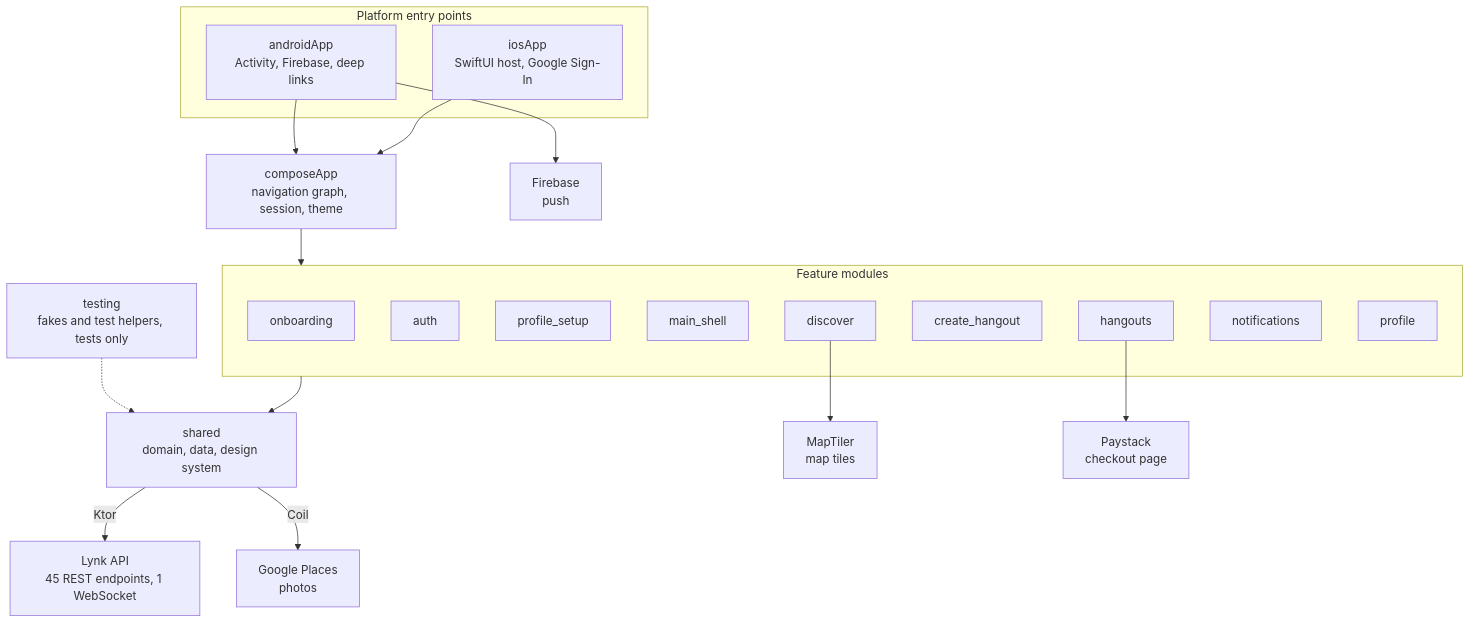
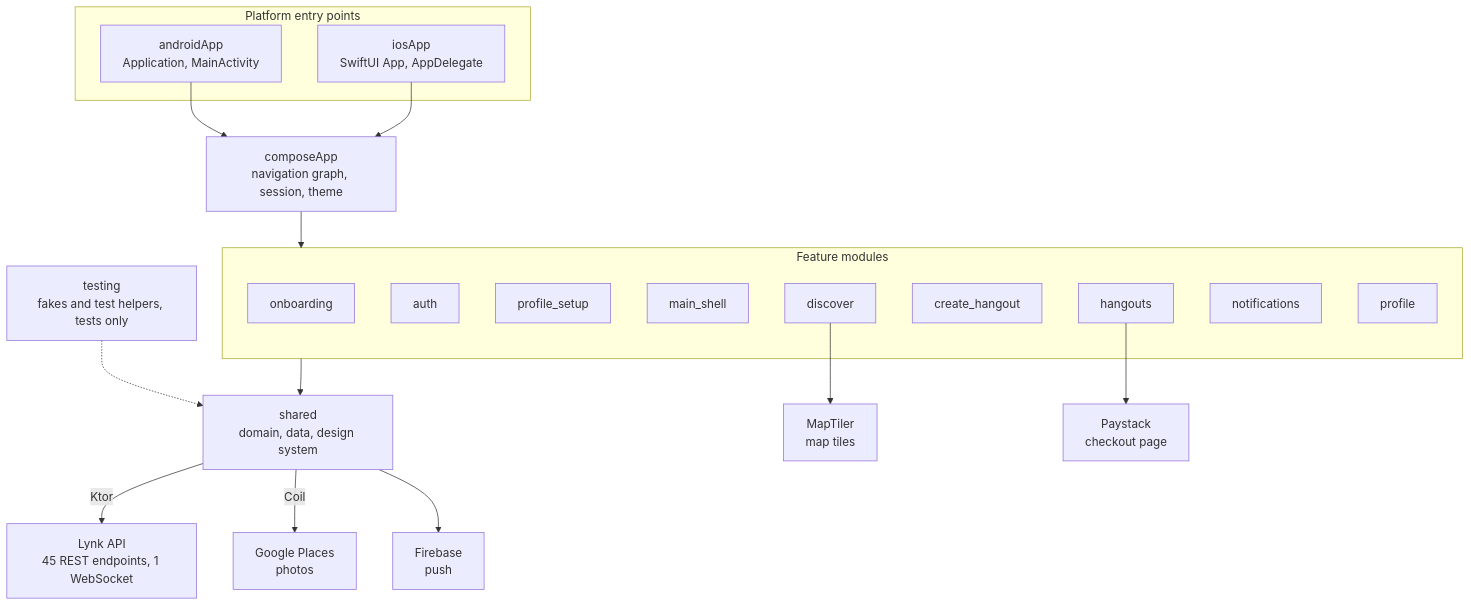
Before and after one commit to EEseka/Lynk: the diagram in README.md, drawn with Mermaid. The commit also changed other lines of this file, not shown here.

````diff
--- a/README.md
+++ b/README.md
@@ -39,41 +39,41 @@
 ```mermaid
 flowchart TB
     subgraph apps [Platform entry points]
-        ANDROID["androidApp<br/>Activity, Firebase, deep links"]
-        IOS["iosApp<br/>SwiftUI host, Google Sign-In"]
+        ANDROID["androidApp<br/>Application, MainActivity"]
+        IOS["iosApp<br/>SwiftUI App, AppDelegate"]
     end
 
     COMPOSE["composeApp<br/>navigation graph, session, theme"]
 
     subgraph features [Feature modules]
         ONB[onboarding]
         AUTH[auth]
         SETUP[profile_setup]
         SHELL[main_shell]
         DISC[discover]
         CREATE[create_hangout]
         HANG[hangouts]
         NOTIF[notifications]
         PROF[profile]
     end
 
     SHARED["shared<br/>domain, data, design system"]
     TESTING["testing<br/>fakes and test helpers, tests only"]
 
     API["Lynk API<br/>45 REST endpoints, 1 WebSocket"]
     GOOGLE["Google Places<br/>photos"]
     MAP["MapTiler<br/>map tiles"]
     PAYSTACK["Paystack<br/>checkout page"]
     FCM["Firebase<br/>push"]
 
     ANDROID --> COMPOSE
     IOS --> COMPOSE
     COMPOSE --> features
     features --> SHARED
     TESTING -.-> SHARED
     SHARED -->|Ktor| API
     SHARED -->|Coil| GOOGLE
     DISC --> MAP
     HANG --> PAYSTACK
-    ANDROID --> FCM
+    SHARED --> FCM
 ```
````
